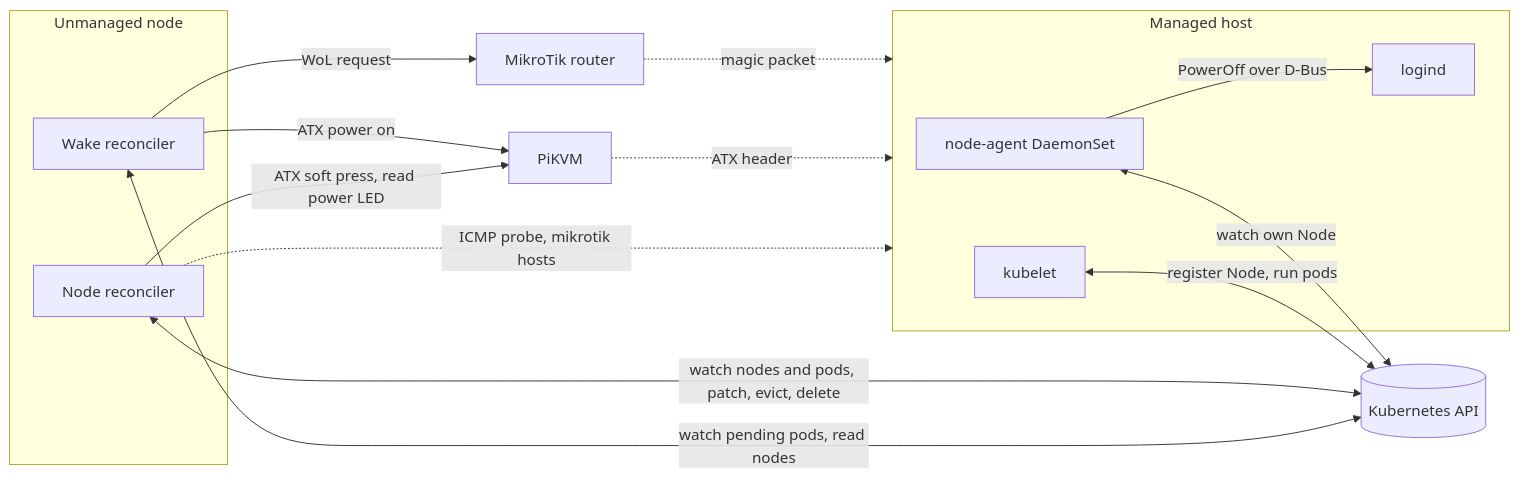
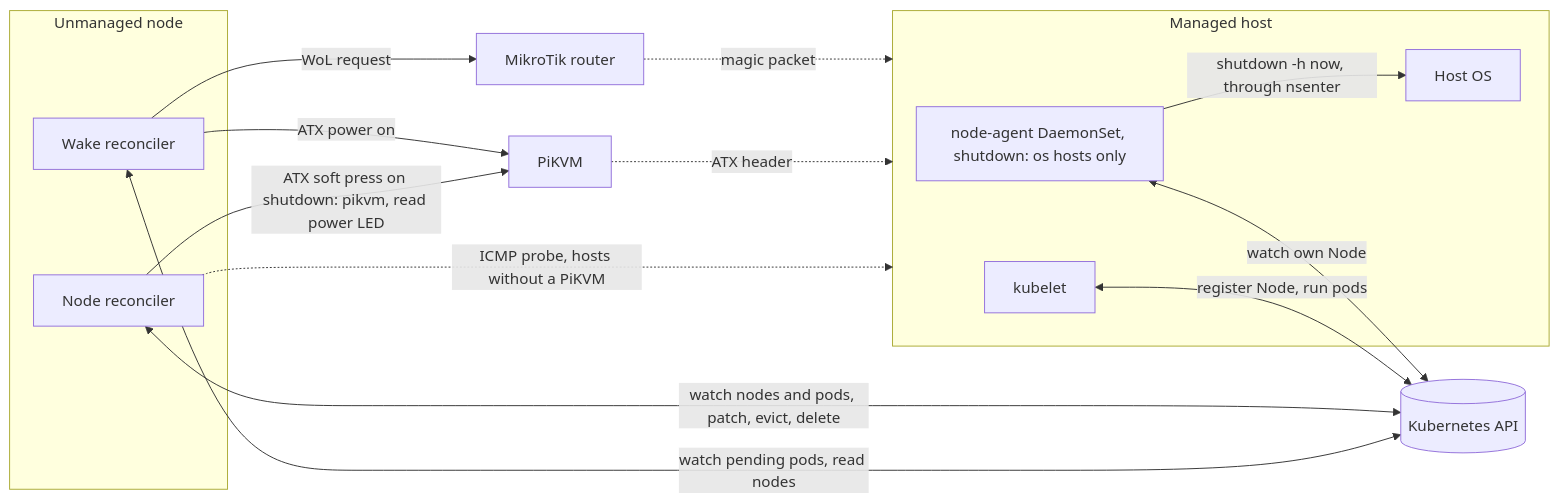
One commit to kiemlicz/nekromancer changed the first of 6 diagrams in docs/how-it-works.md. Above: the diagram before and after it, drawn with Mermaid. The commit also changed other lines of this file and 23 other files, not shown here.

First line of the commit message:
Split wake and shutdown into per-host providers

````diff
--- a/docs/how-it-works.md
+++ b/docs/how-it-works.md
@@ -8,27 +8,27 @@
 ```mermaid
 flowchart LR
     subgraph cp["Unmanaged node"]
         NR["Node reconciler"]
         WR["Wake reconciler"]
     end
     API[("Kubernetes API")]
     subgraph host["Managed host"]
-        AG["node-agent DaemonSet"]
-        LD["logind"]
+        AG["node-agent DaemonSet, shutdown: os hosts only"]
+        OS["Host OS"]
         KL["kubelet"]
     end
     MT["MikroTik router"]
     PK["PiKVM"]
 
     NR <-->|"watch nodes and pods, patch, evict, delete"| API
     WR <-->|"watch pending pods, read nodes"| API
     AG <-->|"watch own Node"| API
     KL <-->|"register Node, run pods"| API
-    AG -->|"PowerOff over D-Bus"| LD
+    AG -->|"shutdown -h now, through nsenter"| OS
     WR -->|"WoL request"| MT
     MT -.->|"magic packet"| host
     WR -->|"ATX power on"| PK
-    NR -->|"ATX soft press, read power LED"| PK
+    NR -->|"ATX soft press on shutdown: pikvm, read power LED"| PK
     PK -.->|"ATX header"| host
-    NR -.->|"ICMP probe, mikrotik hosts"| host
+    NR -.->|"ICMP probe, hosts without a PiKVM"| host
 ```
````
